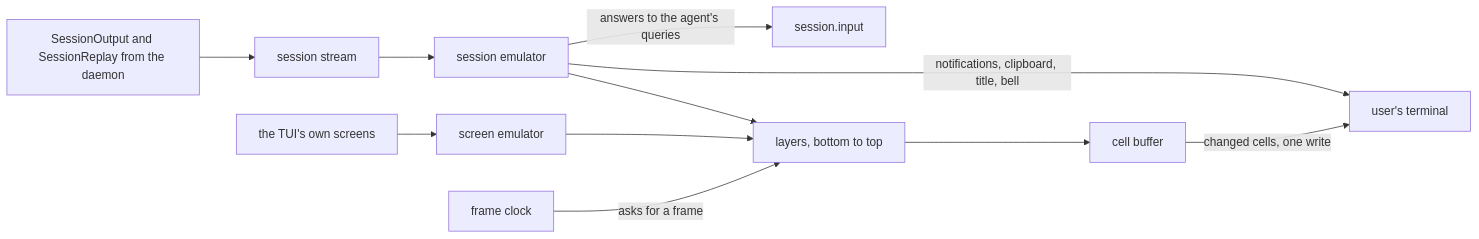
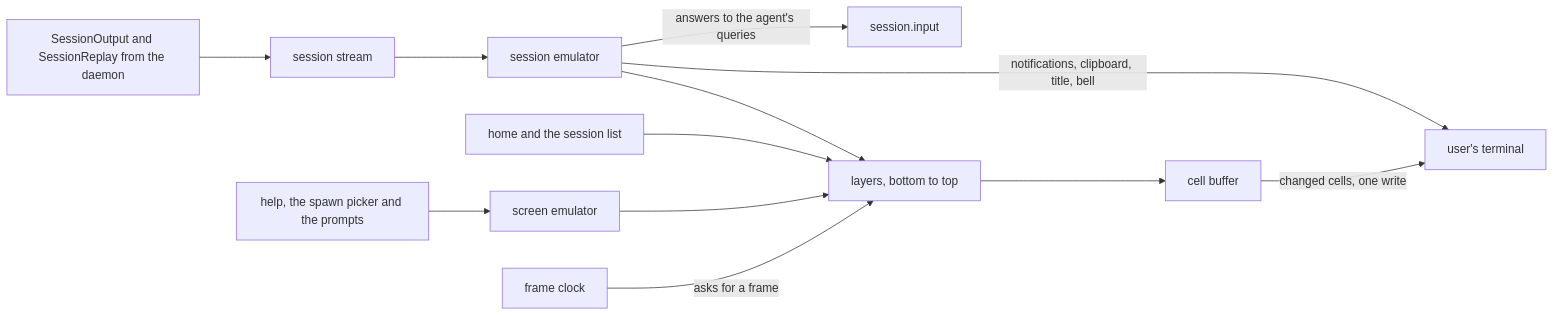
The diagram in docs/architecture/tui/compositor.md (zgeoff/atc), drawn with Mermaid before and after one commit. The commit also changed other lines of this file, not shown here.

````diff
--- a/docs/architecture/tui/compositor.md
+++ b/docs/architecture/tui/compositor.md
@@ -18,13 +18,14 @@
 ```mermaid
 flowchart LR
   out["SessionOutput and SessionReplay from the daemon"] --> stream[session stream]
   stream --> emu[session emulator]
   emu -->|"answers to the agent's queries"| input["session.input"]
   emu -->|"notifications, clipboard, title, bell"| term[user's terminal]
   emu --> layers[layers, bottom to top]
-  screens["the TUI's own screens"] --> screenemu[screen emulator]
+  screens["help, the spawn picker and the prompts"] --> screenemu[screen emulator]
+  own["home and the session list"] --> layers
   screenemu --> layers
   layers --> buf[cell buffer]
   buf -->|"changed cells, one write"| term
   clock[frame clock] -->|"asks for a frame"| layers
 ```
````
